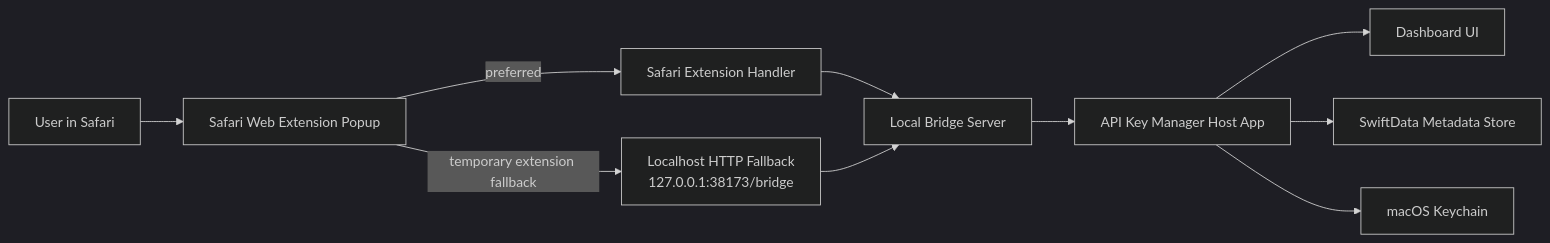
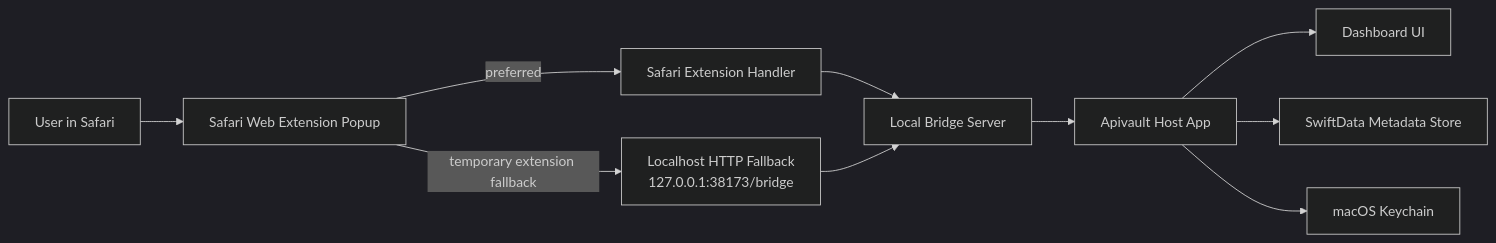
The first of 2 diagrams in docs/architecture.md (CeciliaZ030/apivault), drawn with Mermaid (dark theme) before and after one commit. The commit also changed 35 other files, not shown here.

Commit message:
Rename app to Apivault

````diff
--- a/docs/architecture.md
+++ b/docs/architecture.md
@@ -22,22 +22,22 @@
 ```mermaid
 flowchart LR
     user["User in Safari"]
     popup["Safari Web Extension Popup"]
     handler["Safari Extension Handler"]
     fallback["Localhost HTTP Fallback<br/>127.0.0.1:38173/bridge"]
-    app["API Key Manager Host App"]
+    app["Apivault Host App"]
     dashboard["Dashboard UI"]
     bridge["Local Bridge Server"]
     swiftdata["SwiftData Metadata Store"]
     keychain["macOS Keychain"]
 
     user --> popup
     popup -->|preferred| handler
     popup -->|temporary extension fallback| fallback
     handler --> bridge
     fallback --> bridge
     bridge --> app
     app --> dashboard
     app --> swiftdata
     app --> keychain
 ```
````
